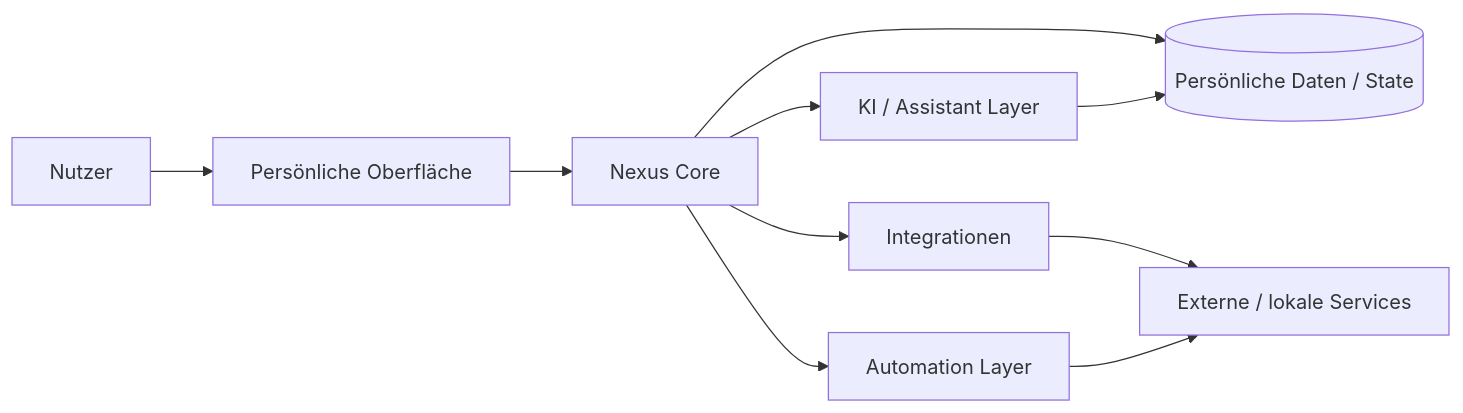
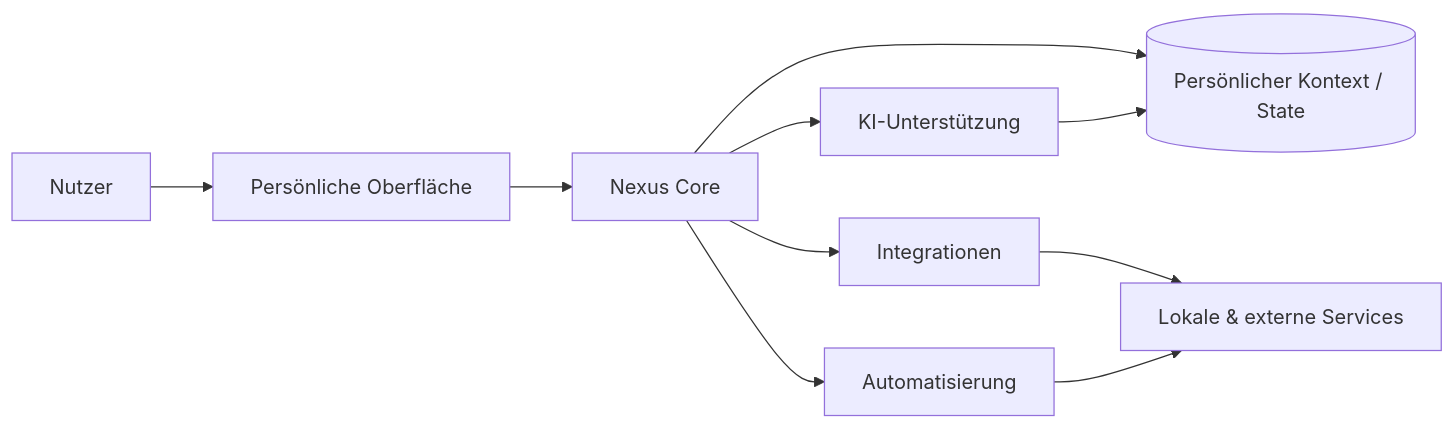
Before and after one commit to tahakubilay/Nexus: the diagram in README.de.md, drawn with Mermaid. The commit also changed other lines of this file, not shown here.

````diff
--- a/README.de.md
+++ b/README.de.md
@@ -66,12 +29,12 @@
 ```mermaid
 flowchart LR
     USER[Nutzer] --> UI[Persönliche Oberfläche]
     UI --> CORE[Nexus Core]
-    CORE --> AI[KI / Assistant Layer]
-    CORE --> AUTO[Automation Layer]
+    CORE --> AI[KI-Unterstützung]
+    CORE --> AUTO[Automatisierung]
     CORE --> INT[Integrationen]
-    CORE --> DATA[(Persönliche Daten / State)]
-    INT --> SERVICES[Externe / lokale Services]
+    CORE --> DATA[(Persönlicher Kontext / State)]
+    INT --> SERVICES[Lokale & externe Services]
     AUTO --> SERVICES
     AI --> DATA
 ```
````
